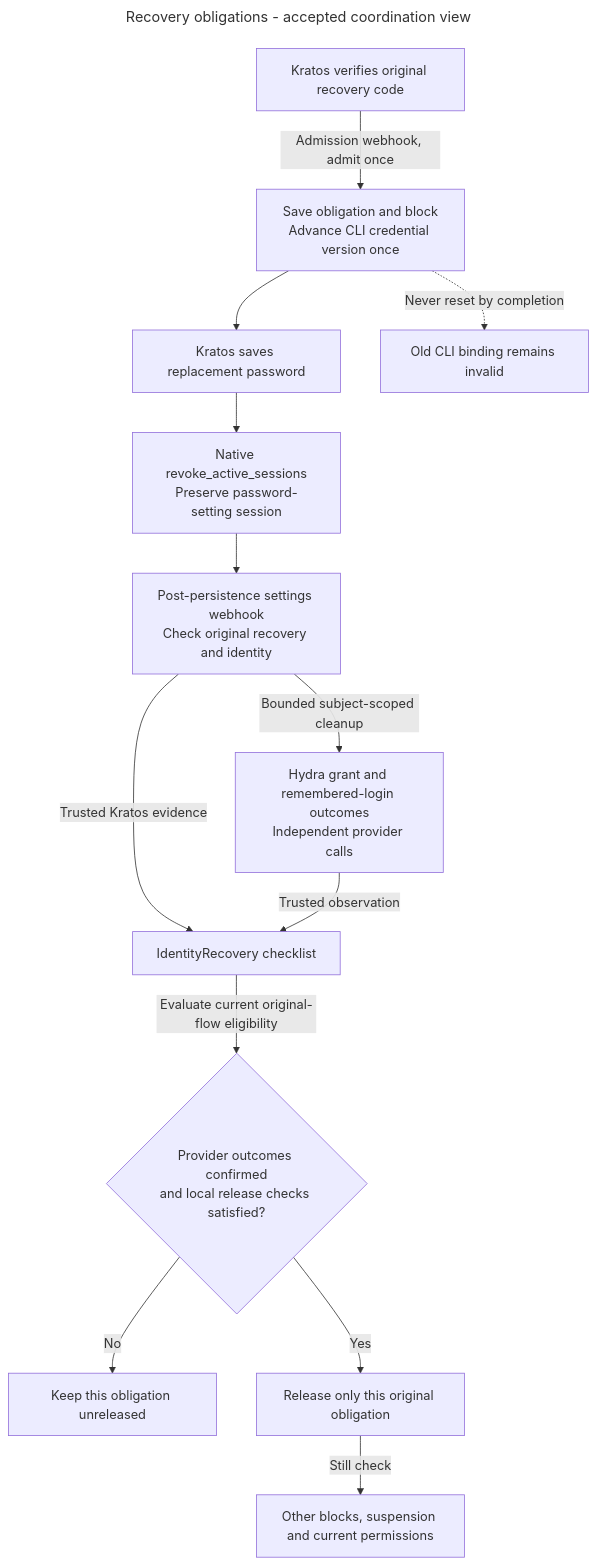
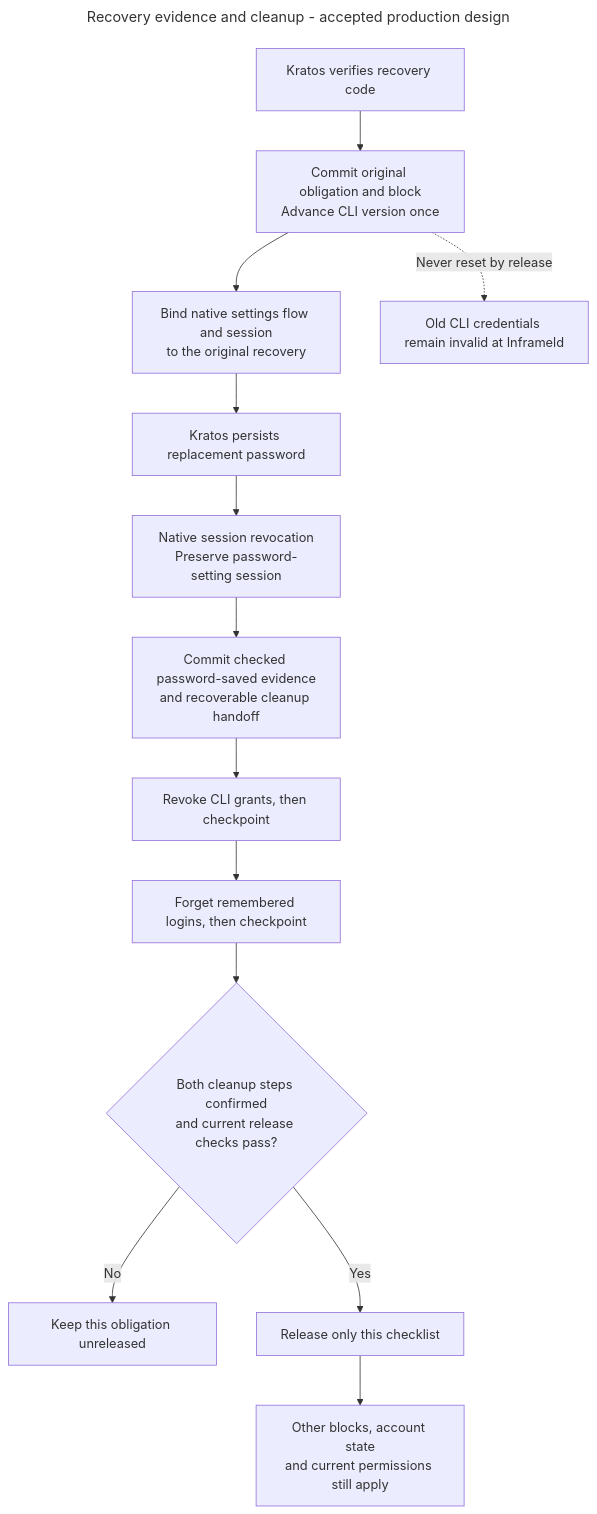
Before and after one commit to matejpalenik/inframeld: the diagram in .agents/skills/inframeld-access-models/references/recovery-completion.md, drawn with Mermaid. The commit also changed other lines of this file and 24 other files, not shown here.

Commit message:
docs(access): define how account recovery completes safely

````diff
--- a/.agents/skills/inframeld-access-models/references/recovery-completion.md
+++ b/.agents/skills/inframeld-access-models/references/recovery-completion.md
@@ -15,18 +19,18 @@
 ```mermaid
 ---
-title: "Recovery obligations - accepted coordination view"
+title: "Recovery evidence and cleanup - accepted production design"
 ---
 flowchart TB
-    Evidence["Kratos verifies original recovery code"] -->|"Admission webhook, admit once"| Admission["Save obligation and block<br/>Advance CLI credential version once"]
-    Admission --> Password["Kratos saves replacement password"]
-    Password --> Kratos["Native revoke_active_sessions<br/>Preserve password-setting session"]
-    Kratos --> NativeEvidence["Post-persistence settings webhook<br/>Check original recovery and identity"]
-    NativeEvidence -->|"Bounded subject-scoped cleanup"| Hydra["Hydra grant and remembered-login outcomes<br/>Independent provider calls"]
-    NativeEvidence -->|"Trusted Kratos evidence"| Checklist["IdentityRecovery checklist"]
-    Hydra -->|"Trusted observation"| Checklist
-    Checklist -->|"Evaluate current original-flow eligibility"| Eligible{"Provider outcomes confirmed<br/>and local release checks satisfied?"}
-    Eligible -->|"No"| Blocked["Keep this obligation unreleased"]
-    Eligible -->|"Yes"| Release["Release only this original obligation"]
-    Release -->|"Still check"| Other["Other blocks, suspension and current permissions"]
-    Admission -.->|"Never reset by completion"| Version["Old CLI binding remains invalid"]
+    Code["Kratos verifies recovery code"] --> Admission["Commit original obligation and block<br/>Advance CLI version once"]
+    Admission --> Bind["Bind native settings flow and session<br/>to the original recovery"]
+    Bind --> Password["Kratos persists replacement password"]
+    Password --> Native["Native session revocation<br/>Preserve password-setting session"]
+    Native --> Receipt["Commit checked password-saved evidence<br/>and recoverable cleanup handoff"]
+    Receipt --> Grants["Revoke CLI grants, then checkpoint"]
+    Grants --> Logins["Forget remembered logins, then checkpoint"]
+    Logins --> Check{"Both cleanup steps confirmed<br/>and current release checks pass?"}
+    Check -->|"No"| Block["Keep this obligation unreleased"]
+    Check -->|"Yes"| Release["Release only this checklist"]
+    Release --> Other["Other blocks, account state<br/>and current permissions still apply"]
+    Admission -.->|"Never reset by release"| Version["Old CLI credentials remain invalid at Inframeld"]
 ```
````
